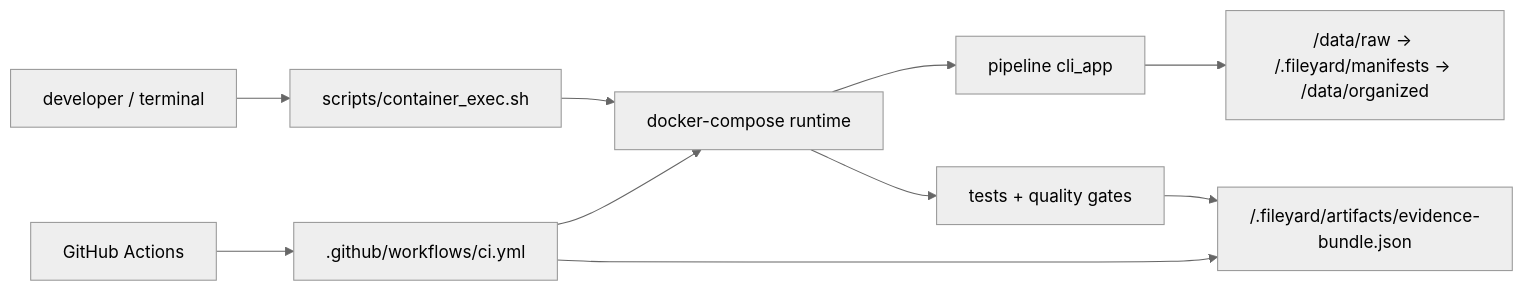
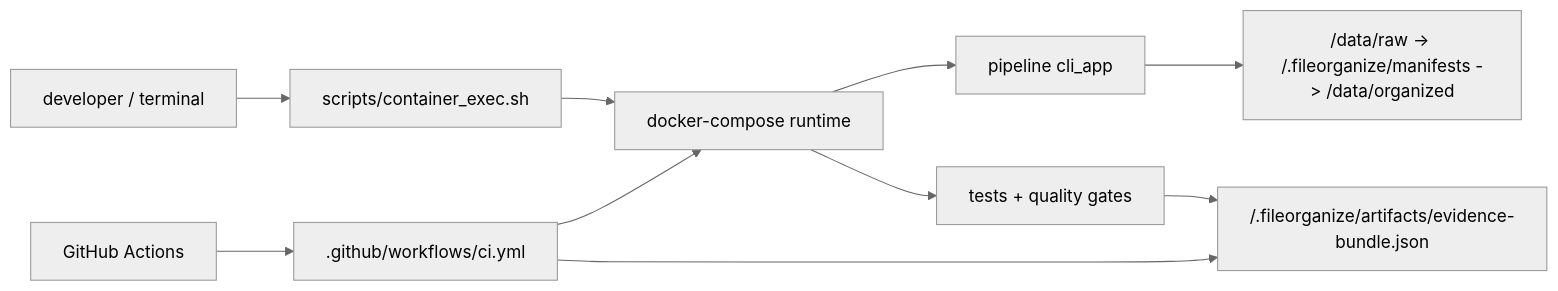
The second of 2 diagrams in docs/architecture.md (xiaojiou176-open/fileorganize), drawn with Mermaid (neutral theme) before and after one commit. The commit also changed other lines of this file and 285 other files, not shown here.

First line of the commit message:
chore(rebrand): fileyard → fileorganize (v3 deep rename)

````diff
--- a/docs/architecture.md
+++ b/docs/architecture.md
@@ -42,12 +42,12 @@
 ```mermaid
 graph LR
     A["developer / terminal"] --> B["scripts/container_exec.sh"]
     B --> C[docker-compose runtime]
     C --> D[pipeline cli_app]
-    D --> E[<workspace-root>/data/raw -> <workspace-root>/.fileyard/manifests -> <workspace-root>/data/organized]
+    D --> E[<workspace-root>/data/raw -> <workspace-root>/.fileorganize/manifests -> <workspace-root>/data/organized]
     C --> F["tests + quality gates"]
-    F --> G[<workspace-root>/.fileyard/artifacts/evidence-bundle.json]
+    F --> G[<workspace-root>/.fileorganize/artifacts/evidence-bundle.json]
     H[GitHub Actions] --> I[.github/workflows/ci.yml]
     I --> C
     I --> G
 ```
````
